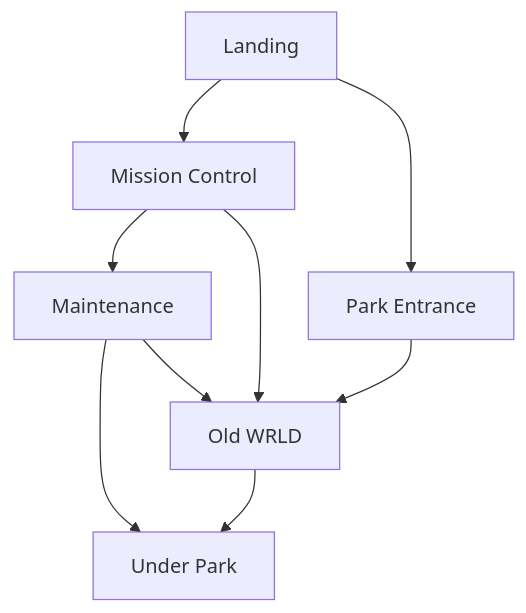
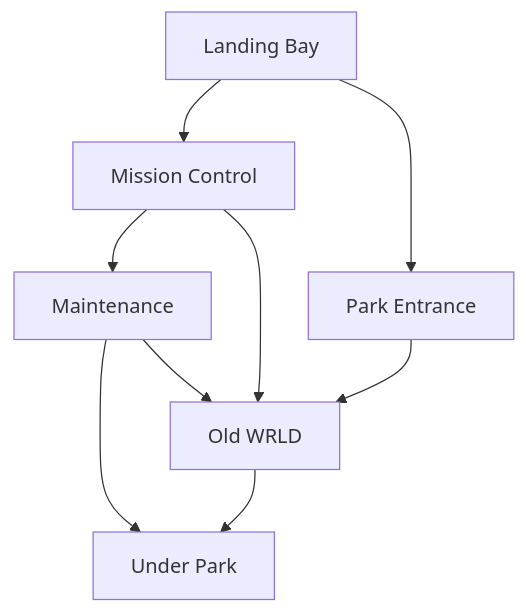
The diagram in chapters/02-map.md (burrbank/OldWRLD), drawn with Mermaid before and after one commit. The commit also changed other lines of this file and 2 other files, not shown here.

````diff
--- a/chapters/02-map.md
+++ b/chapters/02-map.md
@@ -3,12 +3,12 @@
 ```mermaid
 graph TD
-A[Landing]-->B[Mission Control]
+A[Landing Bay]-->B[Mission Control]
 A-->C[Park Entrance]
 C-->D[Old WRLD]
 D-->E[Under Park]
 B-->F[Maintenance]
 F-->E
 F-->D
 B-->D
 
 ```
````
